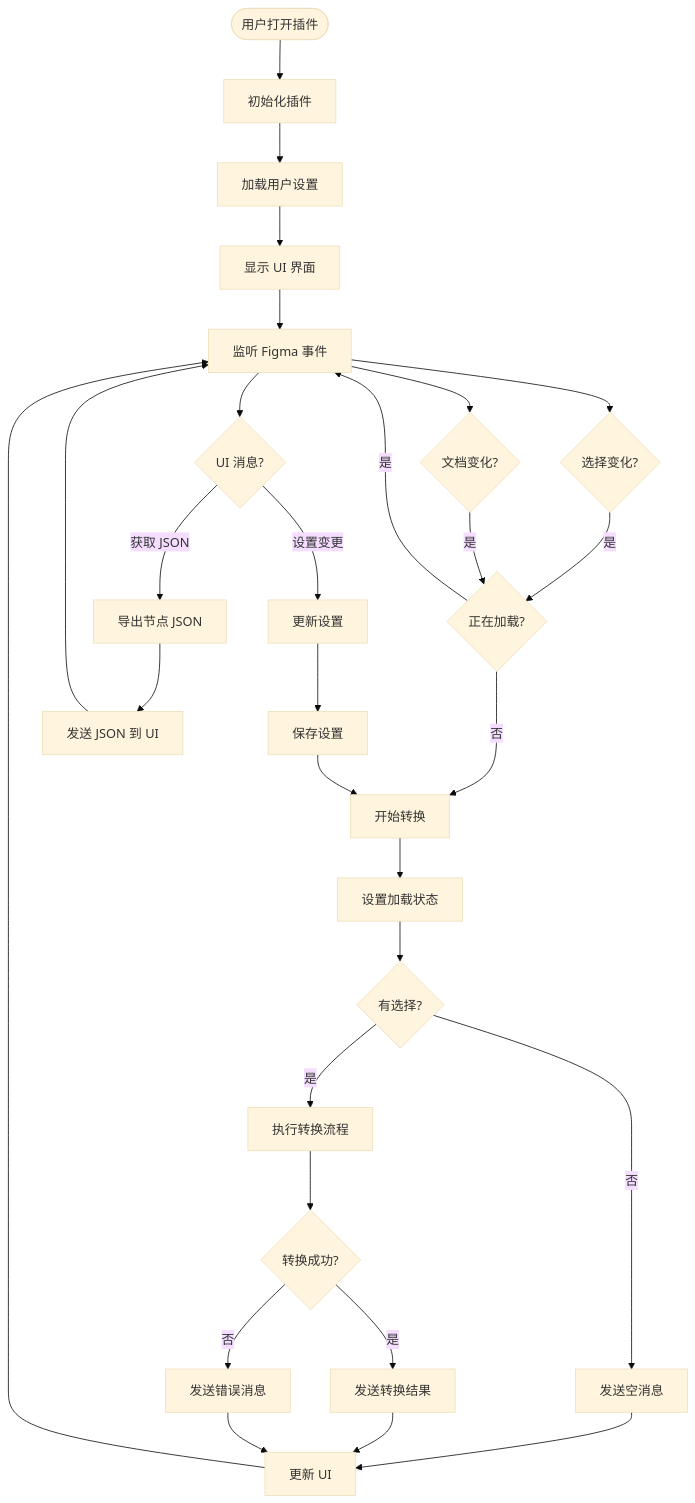
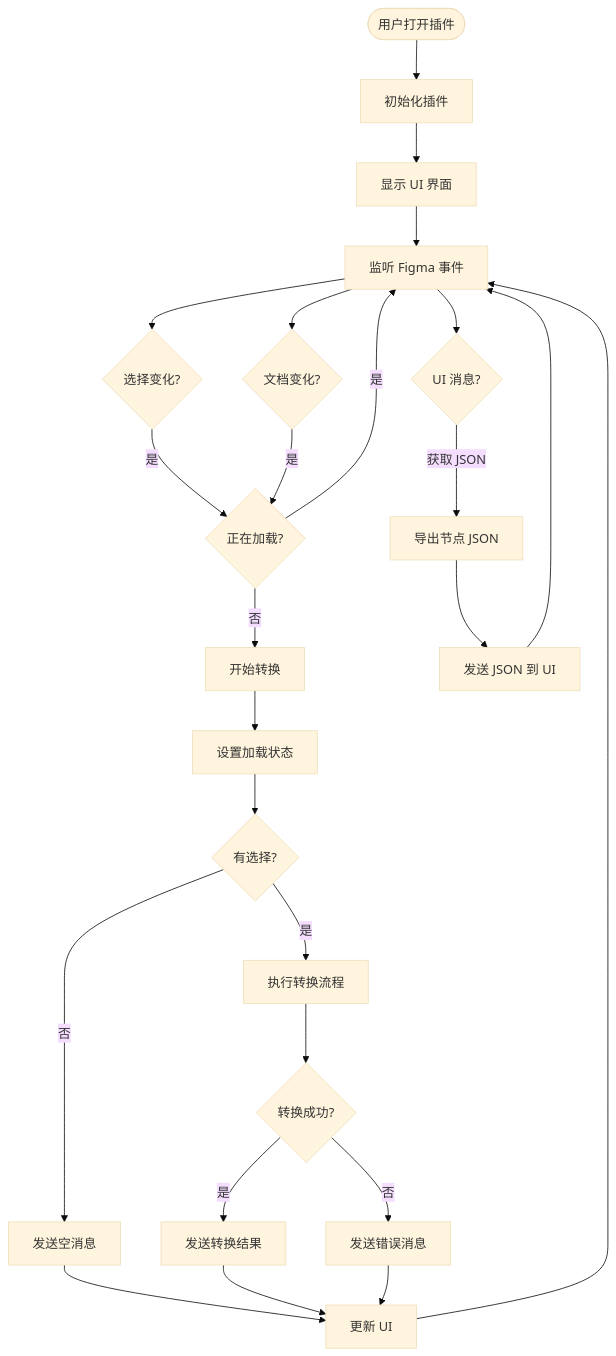
One commit to ziqingchuan/figma2code-plugin changed the first of 8 diagrams in 文档/工作流程图.md. Above: the diagram before and after it, drawn with Mermaid (base theme). The commit also changed other lines of this file and 7 other files, not shown here.

````diff
--- a/文档/工作流程图.md
+++ b/文档/工作流程图.md
@@ -5,43 +5,38 @@
 ```mermaid
 flowchart TD
     Start([用户打开插件]) --> Init[初始化插件]
-    Init --> LoadSettings[加载用户设置]
-    LoadSettings --> ShowUI[显示 UI 界面]
+    Init --> ShowUI[显示 UI 界面]
     ShowUI --> ListenEvents[监听 Figma 事件]
     
     ListenEvents --> SelectionChange{选择变化?}
     ListenEvents --> DocumentChange{文档变化?}
     ListenEvents --> UIMessage{UI 消息?}
     
     SelectionChange -->|是| CheckLoading{正在加载?}
     CheckLoading -->|否| StartConversion[开始转换]
     CheckLoading -->|是| ListenEvents
     
     DocumentChange -->|是| CheckLoading
     
-    UIMessage -->|设置变更| UpdateSettings[更新设置]
     UIMessage -->|获取 JSON| ExportJSON[导出节点 JSON]
     
-    UpdateSettings --> SaveSettings[保存设置]
-    SaveSettings --> StartConversion
-    
     ExportJSON --> SendJSON[发送 JSON 到 UI]
-    SendJSON --> ListenEvents
+  SendJSON --> ListenEvents
     
     StartConversion --> SetLoading[设置加载状态]
     SetLoading --> CheckSelection{有选择?}
     
     CheckSelection -->|否| SendEmpty[发送空消息]
     CheckSelection -->|是| RunConversion[执行转换流程]
     
     SendEmpty --> UpdateUI[更新 UI]
     UpdateUI --> ListenEvents
     
     RunConversion --> ConversionSuccess{转换成功?}
     
     ConversionSuccess -->|是| SendResult[发送转换结果]
     ConversionSuccess -->|否| SendError[发送错误消息]
     
     SendResult --> UpdateUI
     SendError --> UpdateUI
 ```
````
